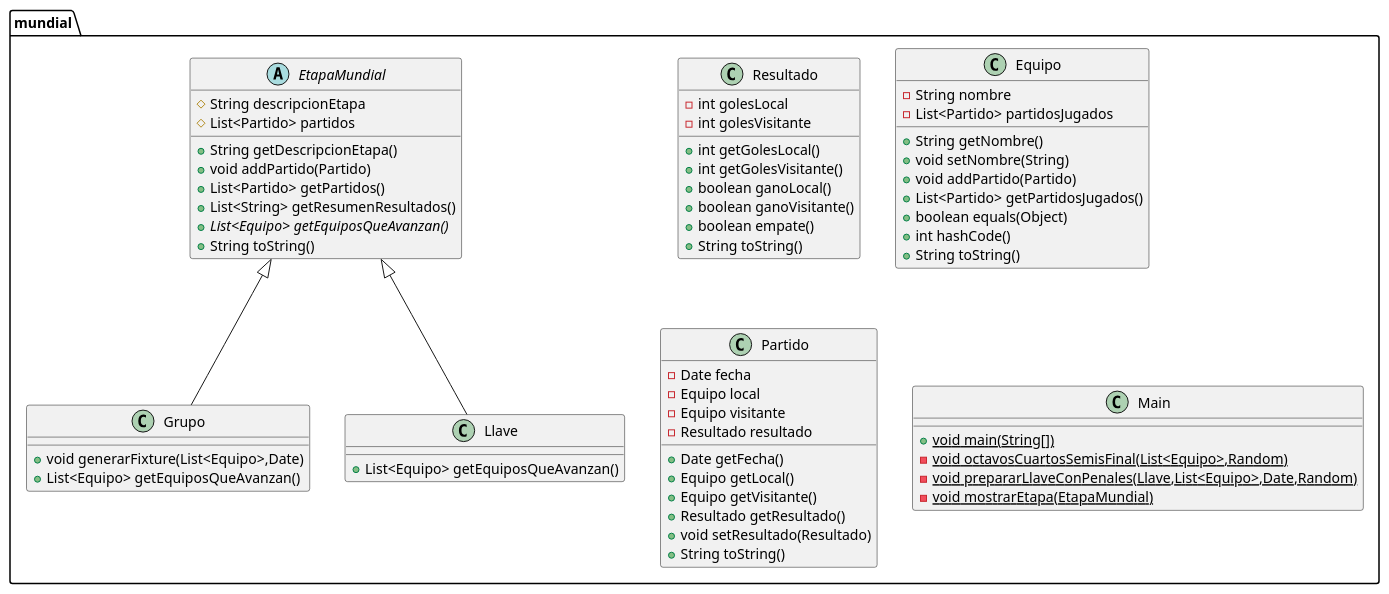
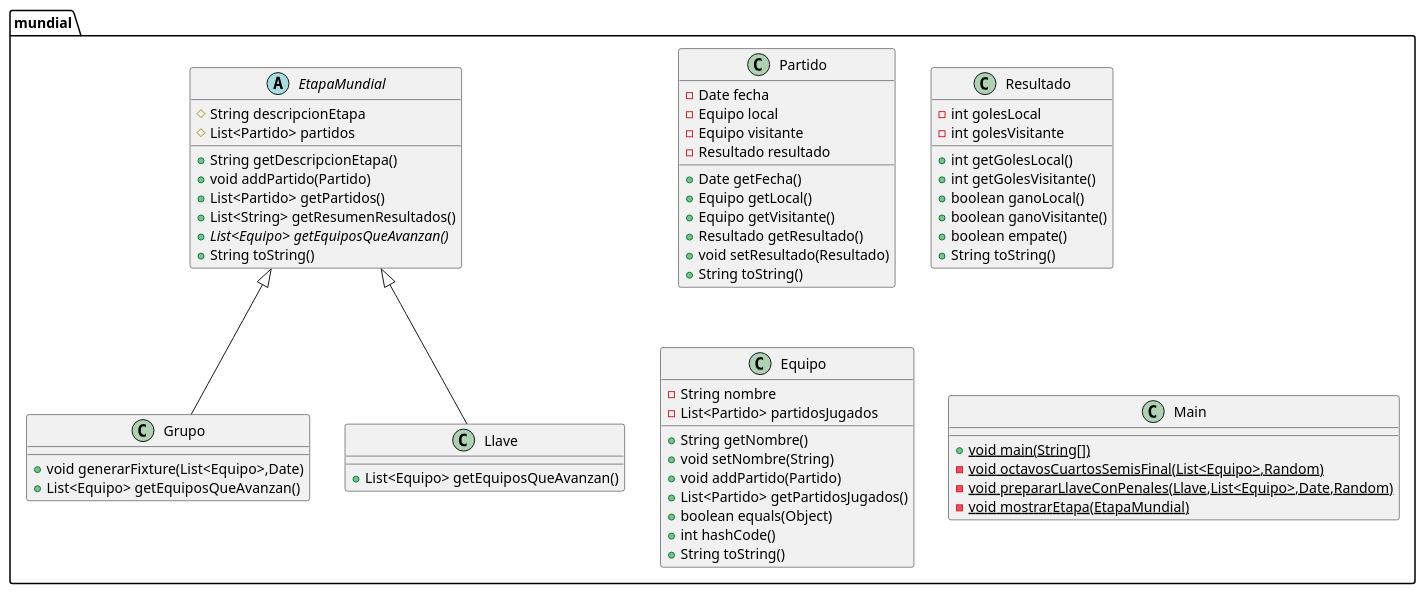
One commit to DeborahBoldu/ParcialPoo changed the diagram in mundialPOO.puml. Above: the diagram before and after it, drawn with PlantUML. The commit also changed 1 other file, not shown here.

Commit message:
change diagram

```diff
--- a/mundialPOO.puml
+++ b/mundialPOO.puml
@@ -1,77 +1,80 @@
 @startuml
 abstract class mundial.EtapaMundial {
 # String descripcionEtapa
 # List<Partido> partidos
 + String getDescripcionEtapa()
 + void addPartido(Partido)
 + List<Partido> getPartidos()
 + List<String> getResumenResultados()
 + {abstract}List<Equipo> getEquiposQueAvanzan()
 + String toString()
 }
 
 
 class mundial.Grupo {
 + void generarFixture(List<Equipo>,Date)
 + List<Equipo> getEquiposQueAvanzan()
 }
 
 
 class mundial.Llave {
 + List<Equipo> getEquiposQueAvanzan()
+}
+
+class mundial.Partido {
+- Date fecha
+- Equipo local
+- Equipo visitante
+- Resultado resultado
++ Date getFecha()
++ Equipo getLocal()
++ Equipo getVisitante()
++ Resultado getResultado()
++ void setResultado(Resultado)
++ String toString()
 }
 
 class mundial.Resultado {
 - int golesLocal
 - int golesVisitante
 + int getGolesLocal()
 + int getGolesVisitante()
 + boolean ganoLocal()
 + boolean ganoVisitante()
 + boolean empate()
 + String toString()
 }
 
 
 
 class mundial.Equipo {
 - String nombre
 - List<Partido> partidosJugados
 + String getNombre()
 + void setNombre(String)
 + void addPartido(Partido)
 + List<Partido> getPartidosJugados()
 + boolean equals(Object)
 + int hashCode()
 + String toString()
 }
 
 
-class mundial.Partido {
-- Date fecha
-- Equipo local
-- Equipo visitante
-- Resultado resultado
-+ Date getFecha()
-+ Equipo getLocal()
-+ Equipo getVisitante()
-+ Resultado getResultado()
-+ void setResultado(Resultado)
-+ String toString()
-}
+
 
 
 class mundial.Main {
 + {static} void main(String[])
 - {static} void octavosCuartosSemisFinal(List<Equipo>,Random)
 - {static} void prepararLlaveConPenales(Llave,List<Equipo>,Date,Random)
 - {static} void mostrarEtapa(EtapaMundial)
 }
 
 
 
 mundial.EtapaMundial <|-- mundial.Grupo
 mundial.EtapaMundial <|-- mundial.Llave
 
 
+
 @enduml
```
